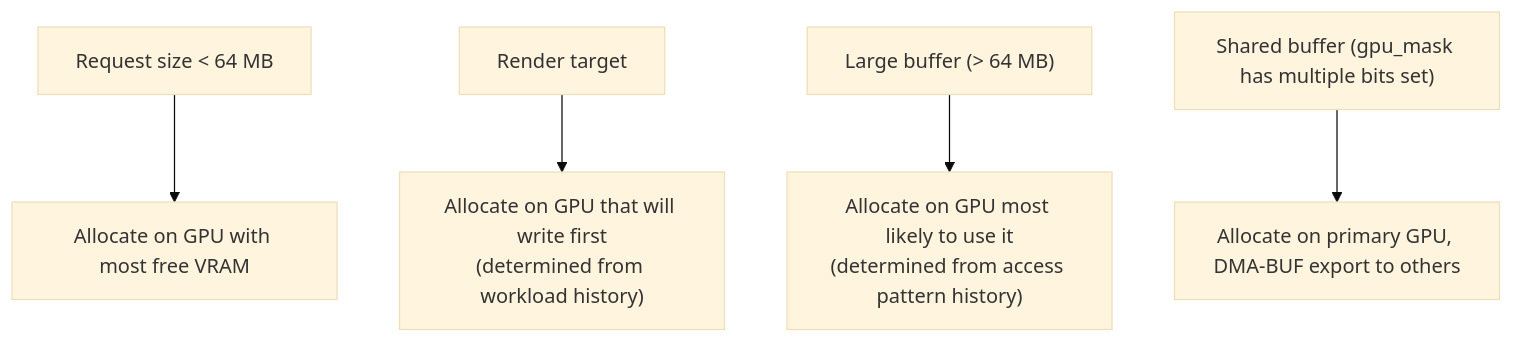
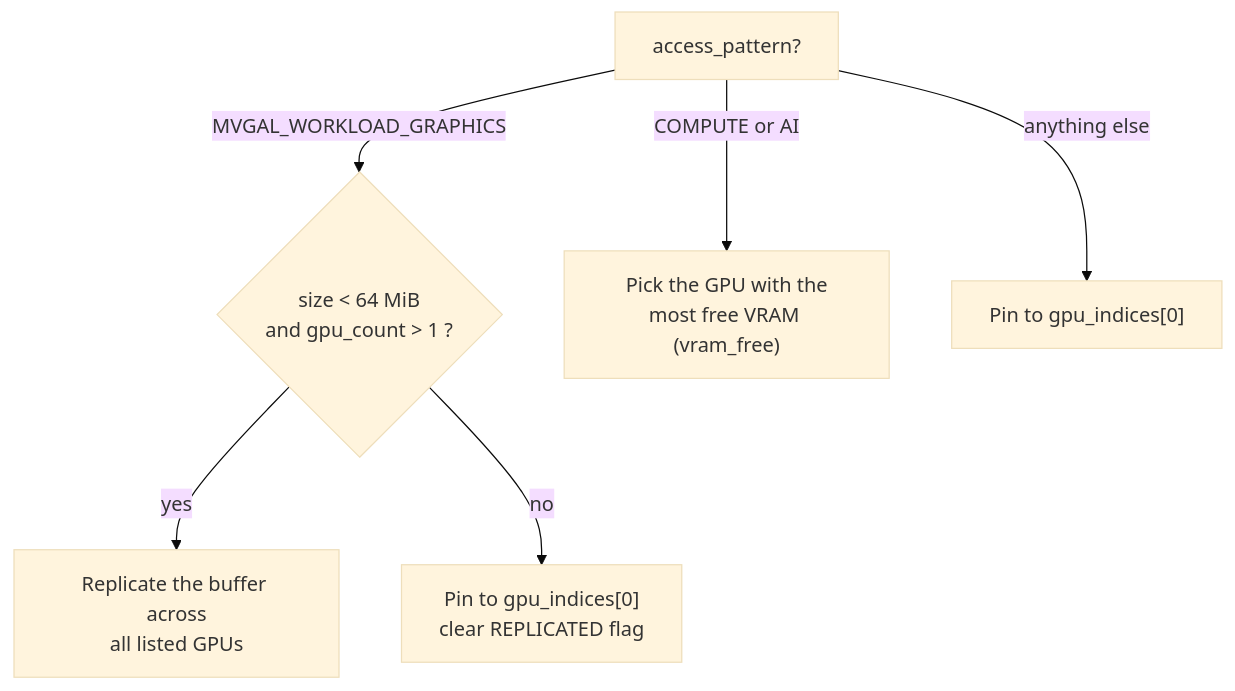
The third of 3 diagrams in docs/MEMORY.md (TheCreateGM/mvgal-docs), drawn with Mermaid (base theme) before and after one commit. The commit also changed other lines of this file and 44 other files, not shown here.

````diff
--- a/docs/MEMORY.md
+++ b/docs/MEMORY.md
@@ -86,7 +132,8 @@
 ```mermaid
 flowchart TD
-    A["Request size < 64 MB"] --> A1["Allocate on GPU with most free VRAM"]
-    B["Render target"] --> B1["Allocate on GPU that will write first<br/>(determined from workload history)"]
-    C["Large buffer (> 64 MB)"] --> C1["Allocate on GPU most likely to use it<br/>(determined from access pattern history)"]
-    D["Shared buffer (gpu_mask has multiple bits set)"] --> D1["Allocate on primary GPU, DMA-BUF export to others"]
+    A["access_pattern?"] -->|"MVGAL_WORKLOAD_GRAPHICS"| B{"size < 64 MiB<br/>and gpu_count > 1 ?"}
+    B -->|"yes"| B1["Replicate the buffer across<br/>all listed GPUs"]
+    B -->|"no"| B2["Pin to gpu_indices[0]<br/>clear REPLICATED flag"]
+    A -->|"COMPUTE or AI"| C["Pick the GPU with the<br/>most free VRAM (vram_free)"]
+    A -->|"anything else"| D["Pin to gpu_indices[0]"]
 ```
````
